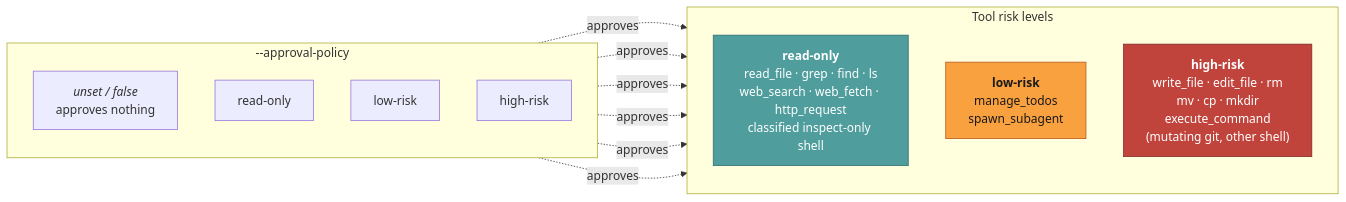
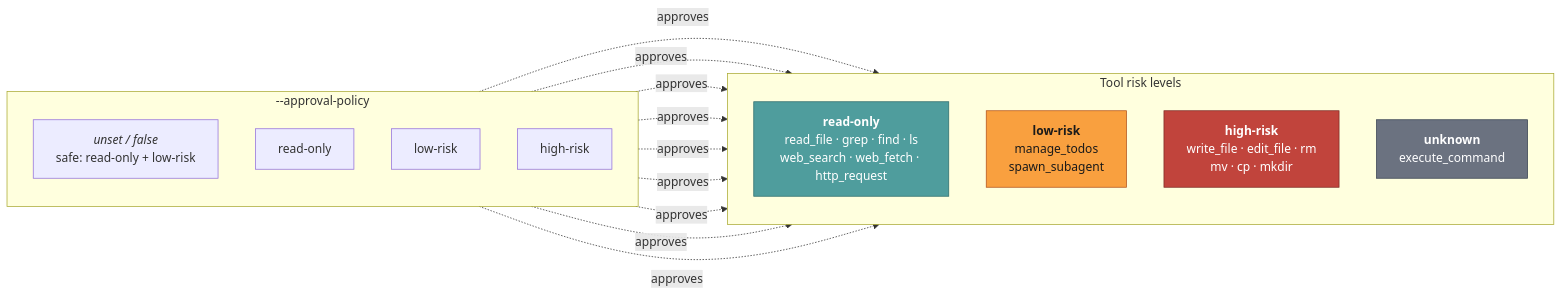
Before and after one commit to lvndry/jazz: the third of 4 diagrams in docs/internals/tools-and-approval.md, drawn with Mermaid. The commit also changed other lines of this file and 17 other files, not shown here.

First line of the commit message:
feat(tools): classify unknown shell risk in safe mode

````diff
--- a/docs/internals/tools-and-approval.md
+++ b/docs/internals/tools-and-approval.md
@@ -89,31 +89,37 @@
 ```mermaid
 flowchart LR
     subgraph tiers["Tool risk levels"]
         direction TB
-        RO["<b>read-only</b><br/>read_file · grep · find · ls<br/>web_search · web_fetch · http_request<br/>classified inspect-only shell"]
+        RO["<b>read-only</b><br/>read_file · grep · find · ls<br/>web_search · web_fetch · http_request"]
         LR["<b>low-risk</b><br/>manage_todos<br/>spawn_subagent"]
-        HR["<b>high-risk</b><br/>write_file · edit_file · rm<br/>mv · cp · mkdir<br/>execute_command<br/>(mutating git, other shell)"]
+        HR["<b>high-risk</b><br/>write_file · edit_file · rm<br/>mv · cp · mkdir"]
+        UN["<b>unknown</b><br/>execute_command"]
     end
 
     subgraph policies["--approval-policy"]
         direction TB
-        P0["<i>unset / false</i><br/>approves nothing"]
+        P0["<i>unset / false</i><br/>safe: read-only + low-risk"]
         P1["read-only"]
         P2["low-risk"]
         P3["high-risk"]
     end
 
+    P0 -.->|approves| RO
+    P0 -.->|approves| LR
     P1 -.->|approves| RO
     P2 -.->|approves| RO
     P2 -.->|approves| LR
     P3 -.->|approves| RO
     P3 -.->|approves| LR
     P3 -.->|approves| HR
+    P3 -.->|approves| UN
 
     classDef safe fill:#4f9d9d,stroke:#2f6d6d,color:#ffffff
     classDef warn fill:#f9a03f,stroke:#b3541e,color:#1a1a1a
     classDef bad fill:#c1443c,stroke:#7d2b26,color:#ffffff
+    classDef muted fill:#6b7280,stroke:#374151,color:#ffffff
     class RO safe
     class LR warn
     class HR bad
+    class UN muted
 ```
````
